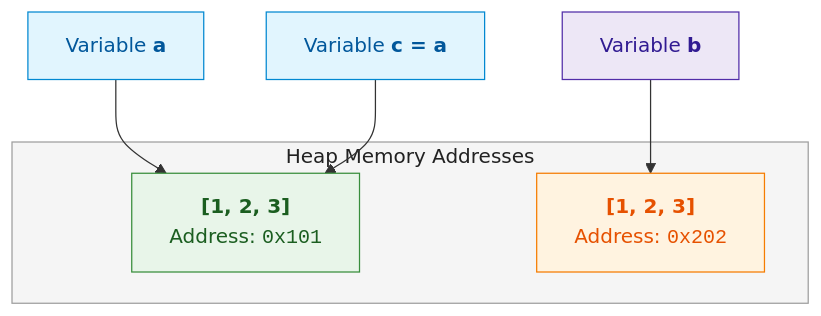
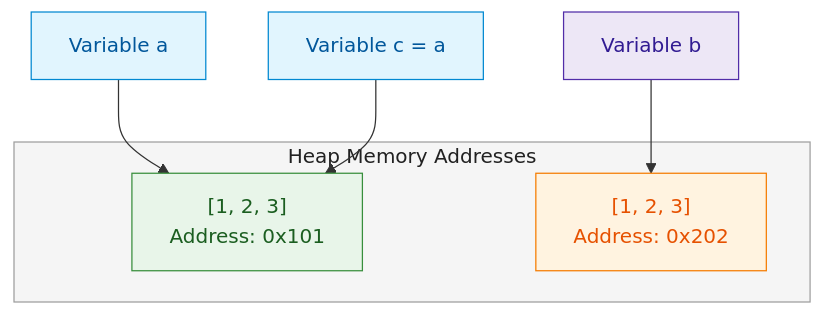
The fourth of 4 diagrams in notes/NotionExport/AI/AI-Learinig-Path/Phase 0 - Foundations/Phase 0.1 - Python/02 Variables Types and Operators.md (githubchecker/personal), drawn with Mermaid before and after one commit. The commit also changed other lines of this file and 5 other files, not shown here.

Commit message:
fix: clean Mermaid HTML tags and finalize infographic headers with large font

````diff
--- a/notes/NotionExport/AI/AI-Learinig-Path/Phase 0 - Foundations/Phase 0.1 - Python/02 Variables Types and Operators.md
+++ b/notes/NotionExport/AI/AI-Learinig-Path/Phase 0 - Foundations/Phase 0.1 - Python/02 Variables Types and Operators.md
@@ -406,18 +406,18 @@
 ```mermaid
 flowchart TD
     subgraph MemorySpace ["Heap Memory Addresses"]
-        Obj1["<b>[1, 2, 3]</b><br/>Address: <code>0x101</code>"]
-        Obj2["<b>[1, 2, 3]</b><br/>Address: <code>0x202</code>"]
+        Obj1["[1, 2, 3]<br/>Address: 0x101"]
+        Obj2["[1, 2, 3]<br/>Address: 0x202"]
     end
 
-    VarA["Variable <b>a</b>"] --> Obj1
-    VarB["Variable <b>b</b>"] --> Obj2
-    VarC["Variable <b>c = a</b>"] --> Obj1
+    VarA["Variable a"] --> Obj1
+    VarB["Variable b"] --> Obj2
+    VarC["Variable c = a"] --> Obj1
 
     style MemorySpace fill:#F5F5F5,stroke:#9E9E9E,color:#212121
     style Obj1 fill:#E8F5E9,stroke:#388E3C,color:#1B5E20
     style Obj2 fill:#FFF3E0,stroke:#F57C00,color:#E65100
     style VarA fill:#E1F5FE,stroke:#0288D1,color:#01579B
     style VarB fill:#EDE7F6,stroke:#512DA8,color:#311B92
     style VarC fill:#E1F5FE,stroke:#0288D1,color:#01579B
 ```
````
